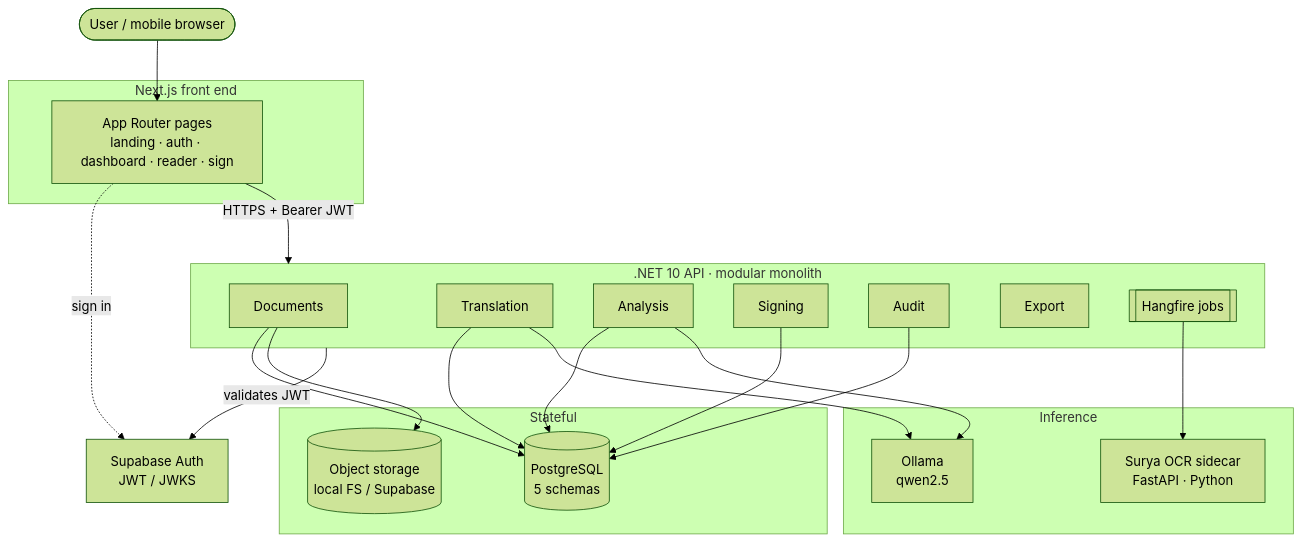
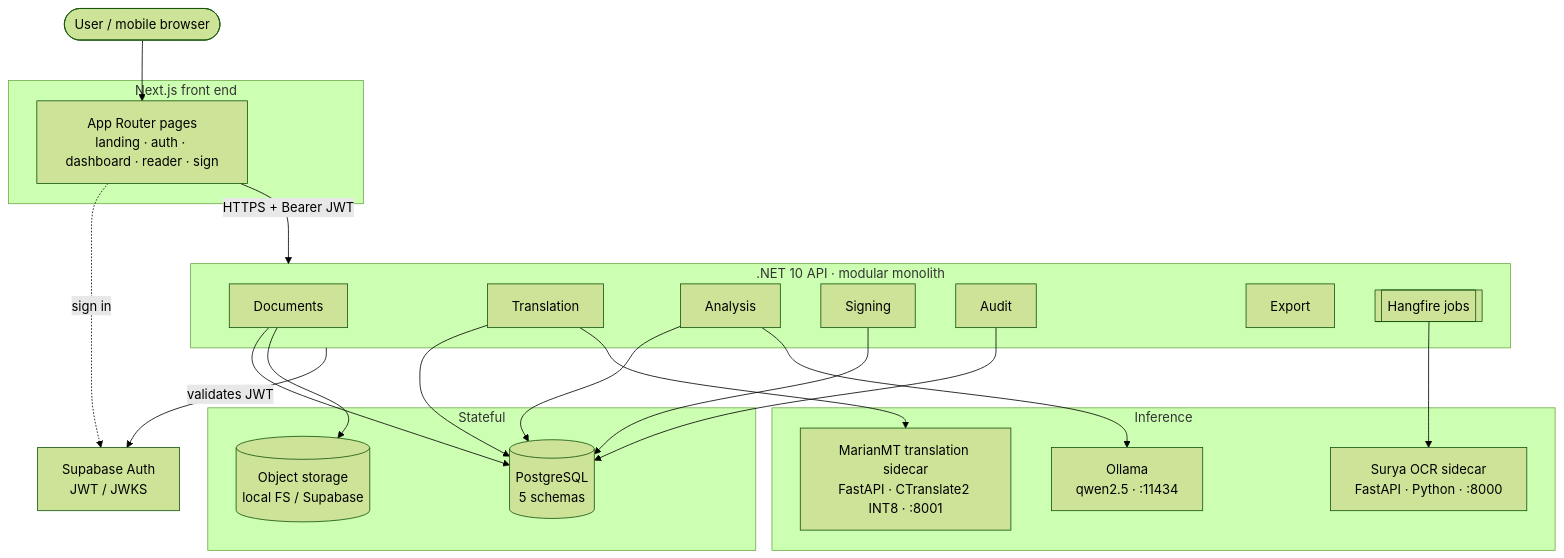
Before and after one commit to dnaidoo621/MultilanguageDocSign: the first of 4 diagrams in docs/ARCHITECTURE.md, drawn with Mermaid (forest theme). The commit also changed other lines of this file and 3 other files, not shown here.

First line of the commit message:
Update docs to reflect MarianMT translation sidecar

````diff
--- a/docs/ARCHITECTURE.md
+++ b/docs/ARCHITECTURE.md
@@ -14,44 +14,45 @@
 ```mermaid
 flowchart TB
     user([User / mobile browser])
 
     subgraph front[Next.js front end]
         web[App Router pages<br/>landing · auth · dashboard · reader · sign]
     end
 
     subgraph api[.NET 10 API · modular monolith]
         documents[Documents]
         translation[Translation]
         analysis[Analysis]
         signing[Signing]
         audit[Audit]
         export[Export]
         hangfire[[Hangfire jobs]]
     end
 
     subgraph data[Stateful]
         pg[(PostgreSQL<br/>5 schemas)]
         storage[(Object storage<br/>local FS / Supabase)]
     end
 
     subgraph ml[Inference]
-        ocr[Surya OCR sidecar<br/>FastAPI · Python]
-        llm[Ollama<br/>qwen2.5]
+        ocr[Surya OCR sidecar<br/>FastAPI · Python · :8000]
+        trans[MarianMT translation sidecar<br/>FastAPI · CTranslate2 INT8 · :8001]
+        llm[Ollama<br/>qwen2.5 · :11434]
     end
 
     supa[Supabase Auth<br/>JWT / JWKS]
 
     user --> web
     web -- "HTTPS + Bearer JWT" --> api
     web -. "sign in" .-> supa
     api -- validates JWT --> supa
     documents --> pg
     translation --> pg
     analysis --> pg
     signing --> pg
     audit --> pg
     documents --> storage
     hangfire --> ocr
-    translation --> llm
+    translation --> trans
     analysis --> llm
 ```
````
